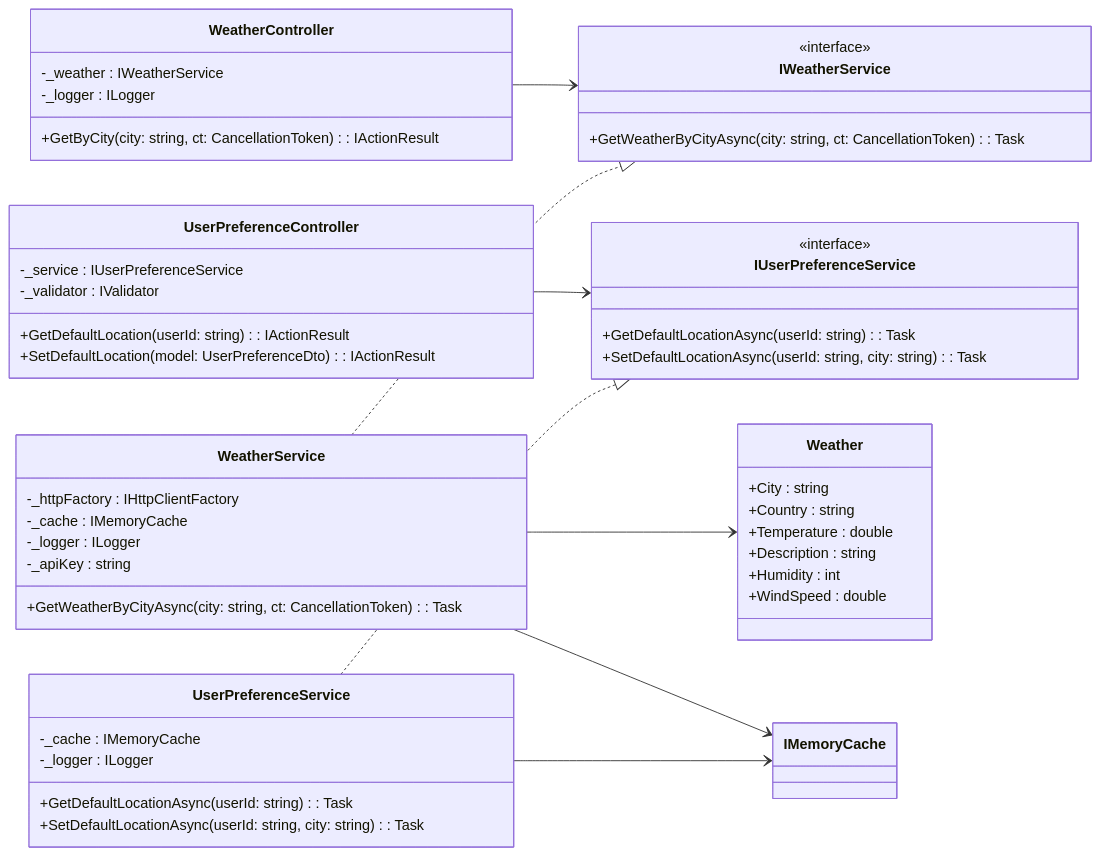
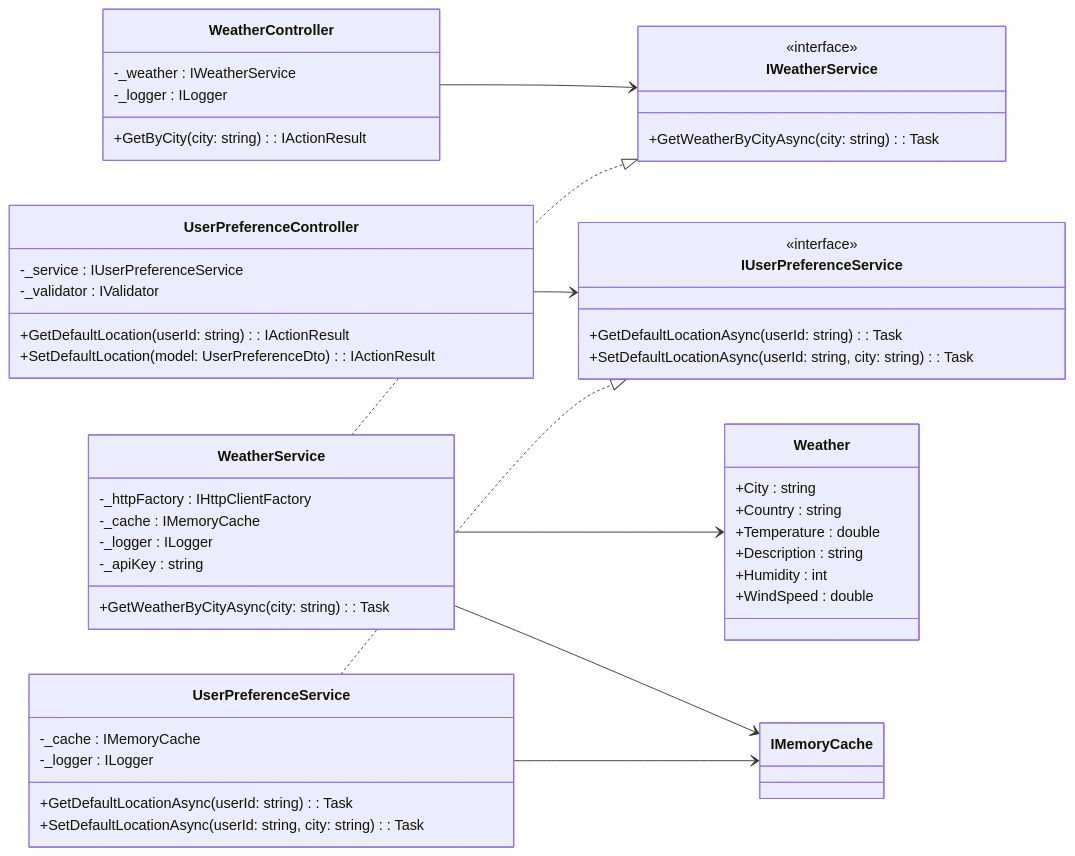
One commit to vns-arvind/WeatherDashboardApi changed the diagram in README.md. Above: the diagram before and after it, drawn with Mermaid. The commit also changed other lines of this file, not shown here.

````diff
--- a/README.md
+++ b/README.md
@@ -105,60 +67,60 @@
 ```mermaid
 classDiagram
     direction LR
 
     class WeatherController {
-        +GetByCity(city: string, ct: CancellationToken): IActionResult
+        +GetByCity(city: string): IActionResult
         -_weather : IWeatherService
         -_logger : ILogger
     }
 
     class UserPreferenceController {
         +GetDefaultLocation(userId: string): IActionResult
         +SetDefaultLocation(model: UserPreferenceDto): IActionResult
         -_service : IUserPreferenceService
         -_validator : IValidator<UserPreferenceDto>
     }
 
     class IWeatherService {
         <<interface>>
-        +GetWeatherByCityAsync(city: string, ct: CancellationToken): Task<Weather>
+        +GetWeatherByCityAsync(city: string): Task<Weather>
     }
 
     class WeatherService {
-        +GetWeatherByCityAsync(city: string, ct: CancellationToken): Task<Weather>
+        +GetWeatherByCityAsync(city: string): Task<Weather>
         -_httpFactory : IHttpClientFactory
         -_cache : IMemoryCache
         -_logger : ILogger
         -_apiKey : string
     }
 
     class IUserPreferenceService {
         <<interface>>
         +GetDefaultLocationAsync(userId: string): Task<string?>
         +SetDefaultLocationAsync(userId: string, city: string): Task
     }
 
     class UserPreferenceService {
         +GetDefaultLocationAsync(userId: string): Task<string?>
         +SetDefaultLocationAsync(userId: string, city: string): Task
         -_cache : IMemoryCache
         -_logger : ILogger
     }
 
     class Weather {
         +City : string
         +Country : string
         +Temperature : double
         +Description : string
         +Humidity : int
         +WindSpeed : double
     }
 
     WeatherController --> IWeatherService
     UserPreferenceController --> IUserPreferenceService
     WeatherService ..|> IWeatherService
     UserPreferenceService ..|> IUserPreferenceService
     WeatherService --> Weather
     WeatherService --> IMemoryCache
     UserPreferenceService --> IMemoryCache
 ```
````
